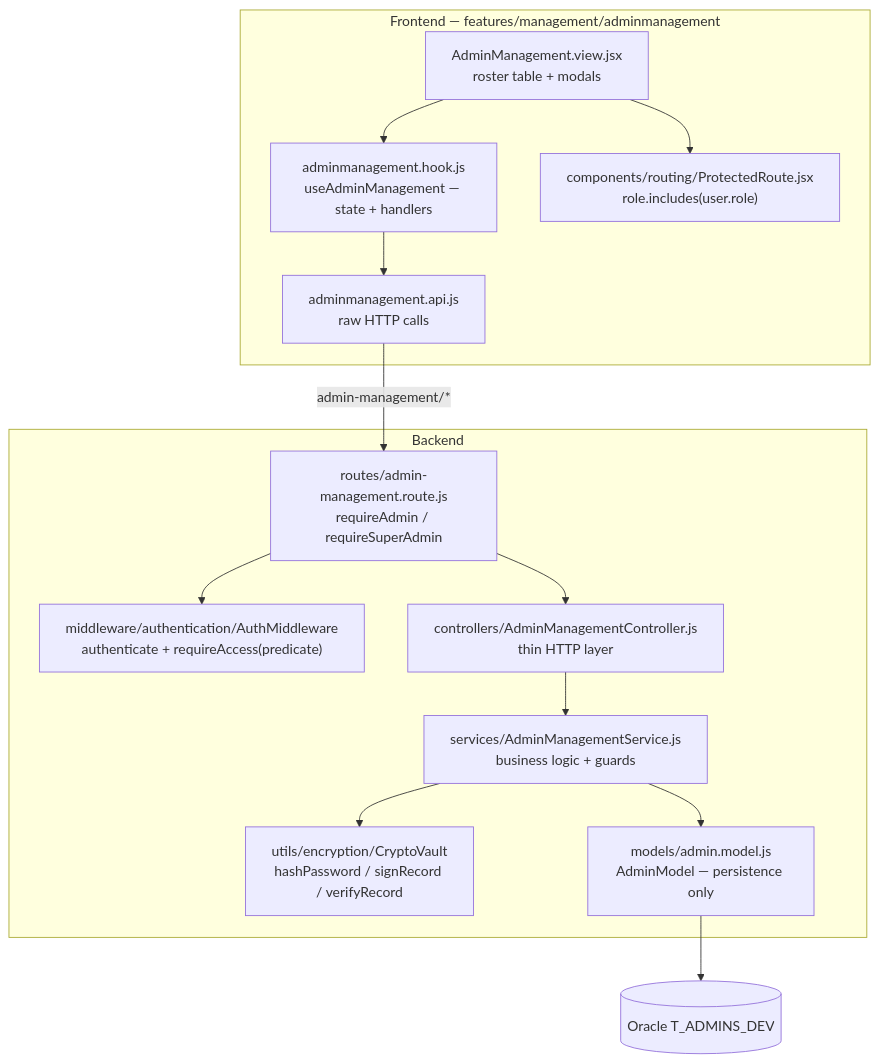
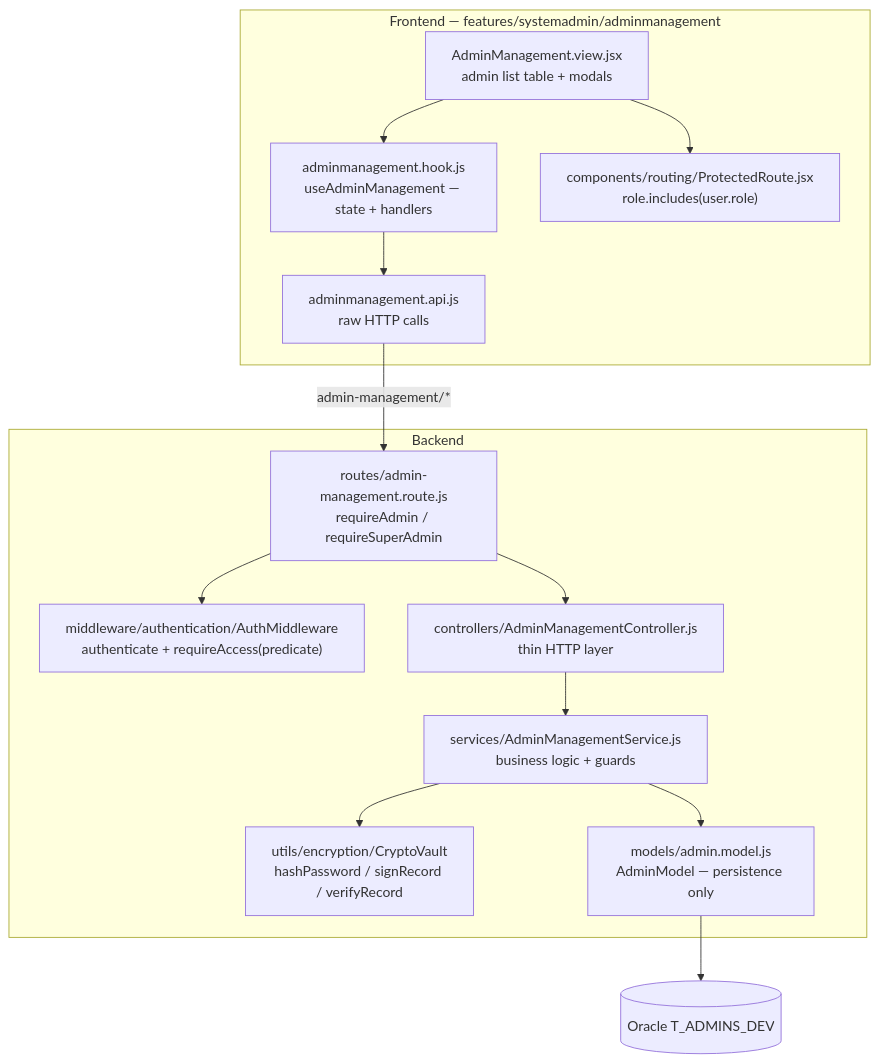
The first of 4 diagrams in docs/features/admin-management-and-rbac.md (Jm-Paunlagui/CATHERINE), drawn with Mermaid before and after one commit. The commit also changed other lines of this file and 25 other files, not shown here.

````diff
--- a/docs/features/admin-management-and-rbac.md
+++ b/docs/features/admin-management-and-rbac.md
@@ -30,28 +30,28 @@
 ```mermaid
 flowchart TD
-    subgraph FE["Frontend — features/management/adminmanagement"]
+    subgraph FE["Frontend — features/systemadmin/adminmanagement"]
         API["adminmanagement.api.js<br/>raw HTTP calls"]
         HOOK["adminmanagement.hook.js<br/>useAdminManagement — state + handlers"]
-        VIEW["AdminManagement.view.jsx<br/>roster table + modals"]
+        VIEW["AdminManagement.view.jsx<br/>admin list table + modals"]
         PR["components/routing/ProtectedRoute.jsx<br/>role.includes(user.role)"]
     end
 
     subgraph BE["Backend"]
         RT["routes/admin-management.route.js<br/>requireAdmin / requireSuperAdmin"]
         MW["middleware/authentication/AuthMiddleware<br/>authenticate + requireAccess(predicate)"]
         CT["controllers/AdminManagementController.js<br/>thin HTTP layer"]
         SVC["services/AdminManagementService.js<br/>business logic + guards"]
         CV["utils/encryption/CryptoVault<br/>hashPassword / signRecord / verifyRecord"]
         MODEL["models/admin.model.js<br/>AdminModel — persistence only"]
     end
 
     ORCL[("Oracle T_ADMINS_DEV")]
 
     VIEW --> HOOK --> API
     VIEW --> PR
     API -->|"admin-management/*"| RT
     RT --> MW
     RT --> CT --> SVC
     SVC --> CV
     SVC --> MODEL --> ORCL
 ```
````
